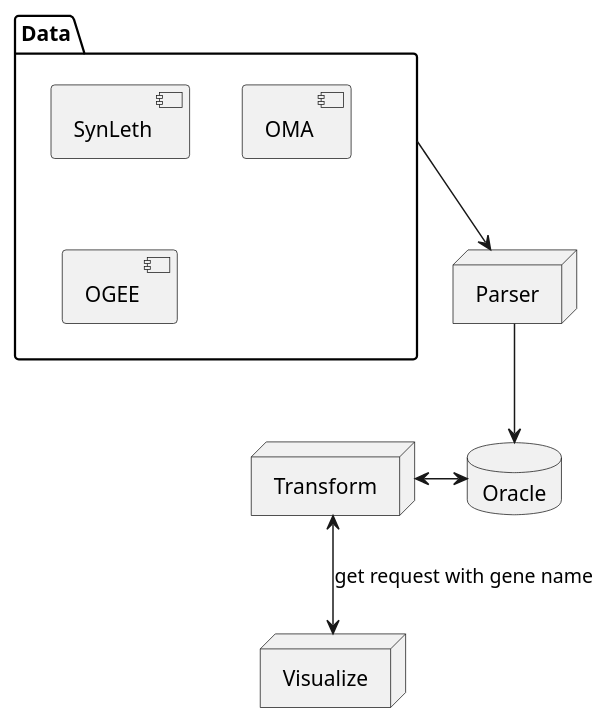
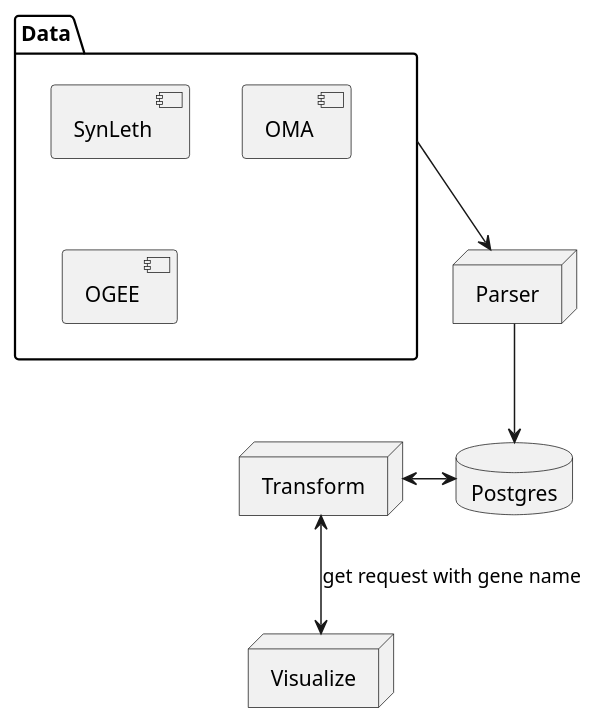
Before and after one commit to aichingert/dbi-cancer-research: the diagram in docs/plantuml/architecture.puml, drawn with PlantUML. The commit also changed 10 other files, not shown here.

```diff
--- a/docs/plantuml/architecture.puml
+++ b/docs/plantuml/architecture.puml
@@ -1,18 +1,18 @@
 @startuml
 package Data {
     [SynLeth]
     [OMA]
     [OGEE]
 }
 
 node Parser
 node Transform
 node Visualize
-database "Oracle"
+database "Postgres"
 
 Data --> "Parser"
-Parser --> "Oracle"
-Oracle <-l-> "Transform"
+Parser --> "Postgres"
+Postgres <-l-> "Transform"
 Transform <--> Visualize : get request with gene name
 
 @enduml
```
